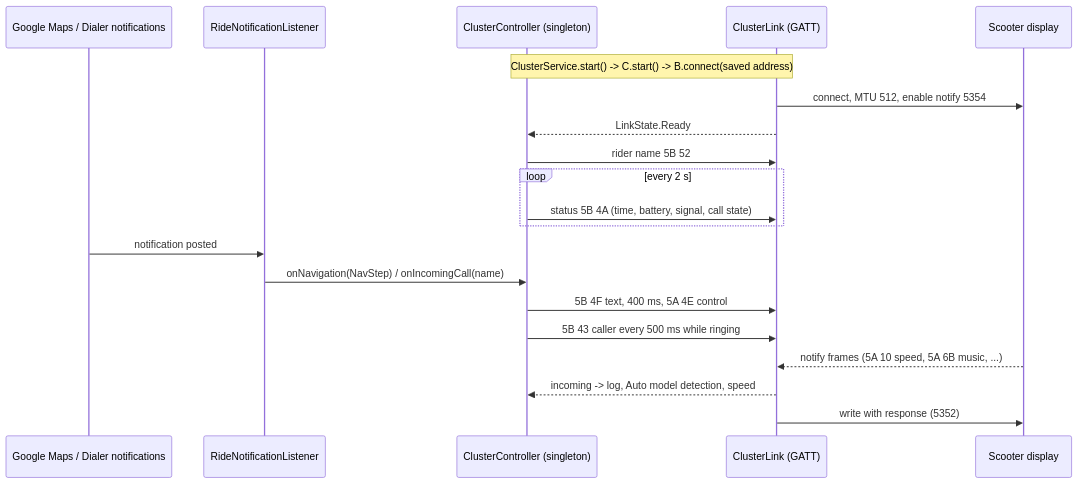
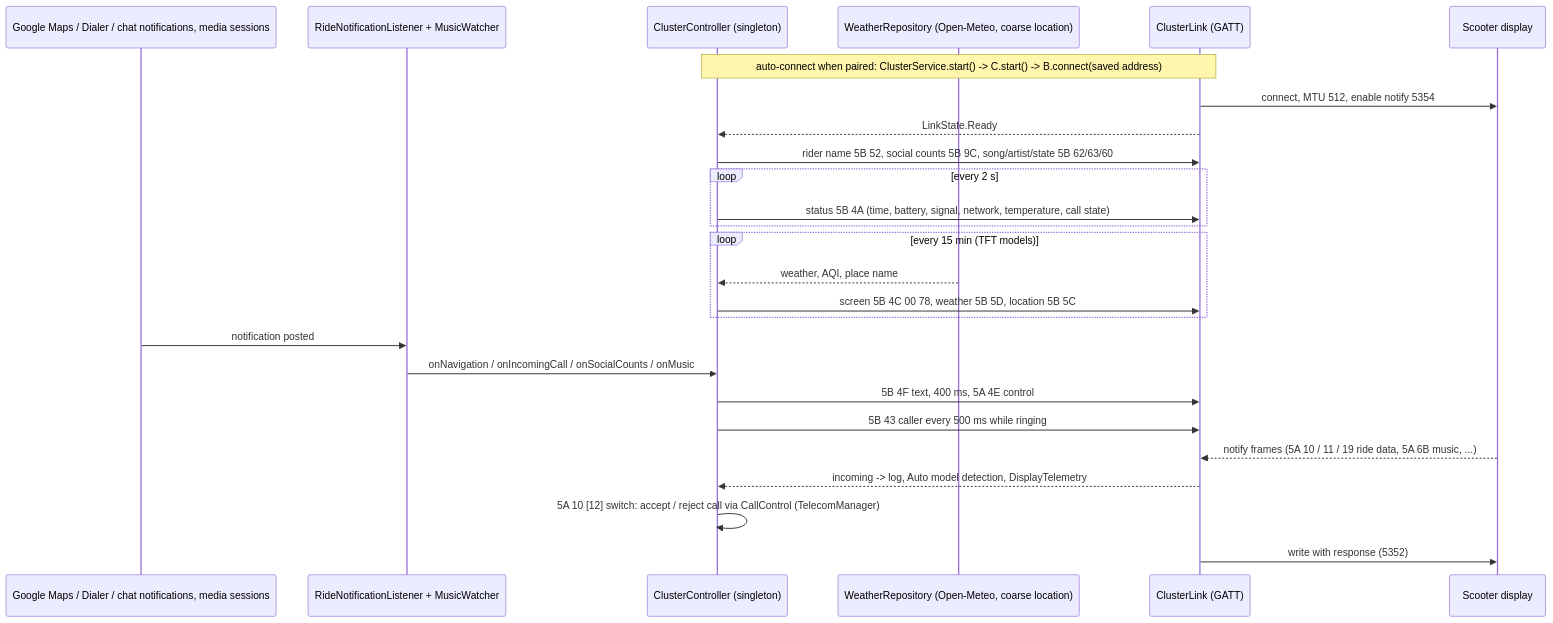
Before and after one commit to aiyu-ayaan/RideLink: the second of 2 diagrams in development/docs/ARCHITECTURE.md, drawn with Mermaid. The commit also changed other lines of this file and 3 other files, not shown here.

````diff
--- a/development/docs/ARCHITECTURE.md
+++ b/development/docs/ARCHITECTURE.md
@@ -17,23 +17,29 @@
 ```mermaid
 sequenceDiagram
-    participant Maps as Google Maps / Dialer notifications
-    participant L as RideNotificationListener
+    participant Maps as Google Maps / Dialer / chat notifications, media sessions
+    participant L as RideNotificationListener + MusicWatcher
     participant C as ClusterController (singleton)
+    participant W as WeatherRepository (Open-Meteo, coarse location)
     participant B as ClusterLink (GATT)
     participant D as Scooter display
 
-    Note over C,B: ClusterService.start() -> C.start() -> B.connect(saved address)
+    Note over C,B: auto-connect when paired: ClusterService.start() -> C.start() -> B.connect(saved address)
     B->>D: connect, MTU 512, enable notify 5354
     B-->>C: LinkState.Ready
-    C->>B: rider name 5B 52
+    C->>B: rider name 5B 52, social counts 5B 9C, song/artist/state 5B 62/63/60
     loop every 2 s
-        C->>B: status 5B 4A (time, battery, signal, call state)
+        C->>B: status 5B 4A (time, battery, signal, network, temperature, call state)
+    end
+    loop every 15 min (TFT models)
+        W-->>C: weather, AQI, place name
+        C->>B: screen 5B 4C 00 78, weather 5B 5D, location 5B 5C
     end
     Maps->>L: notification posted
-    L->>C: onNavigation(NavStep) / onIncomingCall(name)
+    L->>C: onNavigation / onIncomingCall / onSocialCounts / onMusic
     C->>B: 5B 4F text, 400 ms, 5A 4E control
     C->>B: 5B 43 caller every 500 ms while ringing
-    D-->>B: notify frames (5A 10 speed, 5A 6B music, ...)
-    B-->>C: incoming -> log, Auto model detection, speed
+    D-->>B: notify frames (5A 10 / 11 / 19 ride data, 5A 6B music, ...)
+    B-->>C: incoming -> log, Auto model detection, DisplayTelemetry
+    C->>C: 5A 10 [12] switch: accept / reject call via CallControl (TelecomManager)
     B->>D: write with response (5352)
 ```
````
